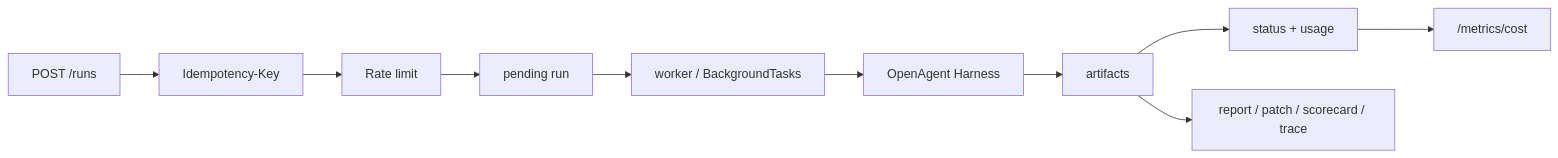
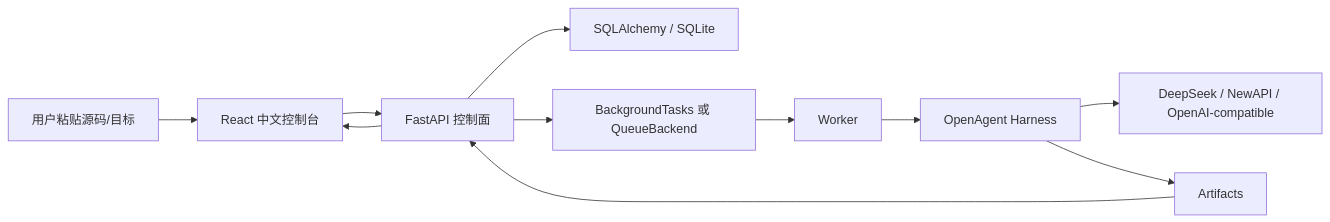
Before and after one commit to huangpengtao00-dotcom/openagent-platform-backend: the diagram in README.md, drawn with Mermaid. The commit also changed other lines of this file and 54 other files, not shown here.

````diff
--- a/README.md
+++ b/README.md
@@ -93,12 +51,13 @@
 ```mermaid
 flowchart LR
-    U["POST /runs"] --> I["Idempotency-Key"]
-    I --> R["Rate limit"]
-    R --> P["pending run"]
-    P --> W["worker / BackgroundTasks"]
+    U["用户粘贴源码/目标"] --> FE["React 中文控制台"]
+    FE --> API["FastAPI 控制面"]
+    API --> DB["SQLAlchemy / SQLite"]
+    API --> Q["BackgroundTasks 或 QueueBackend"]
+    Q --> W["Worker"]
     W --> H["OpenAgent Harness"]
-    H --> A["artifacts"]
-    A --> S["status + usage"]
-    S --> M["/metrics/cost"]
-    A --> Q["report / patch / scorecard / trace"]
+    H --> LLM["DeepSeek / NewAPI / OpenAI-compatible"]
+    H --> ART["Artifacts"]
+    ART --> API
+    API --> FE
 ```
````
